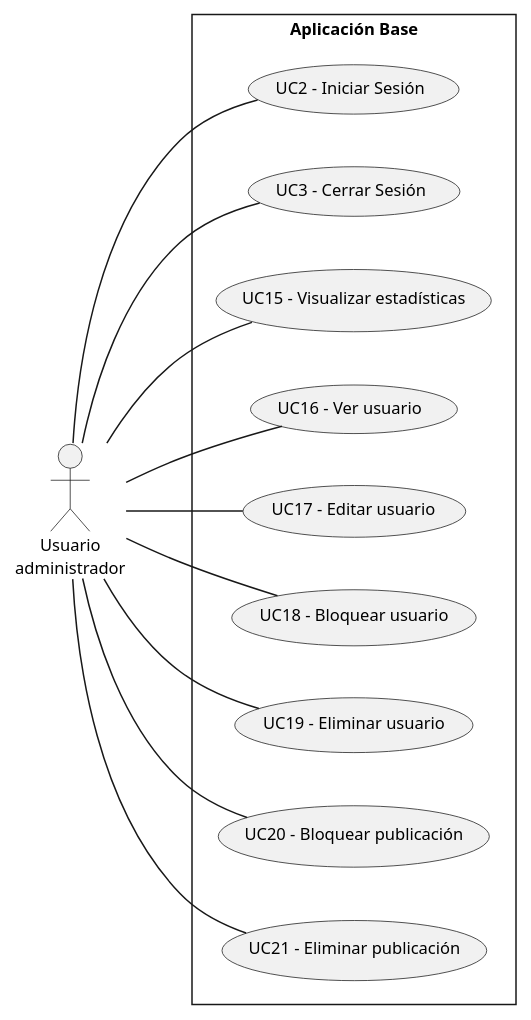
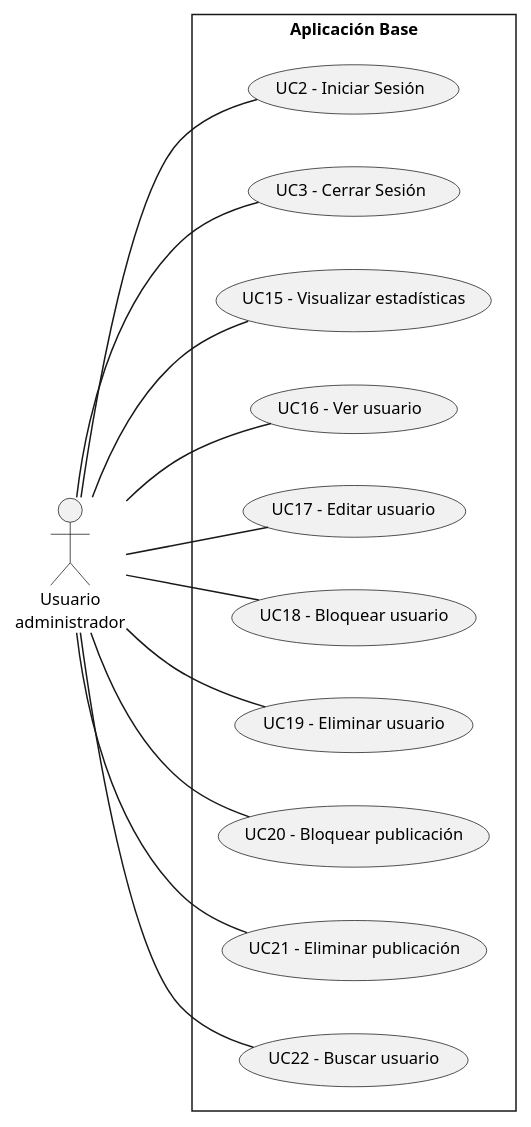
Before and after one commit to mpaulaherrero/tesis-frameworks-backend-diagrams: the diagram in scenariosView/useCaseModel/useCaseDiagramAdmin.plantuml, drawn with PlantUML. The commit also changed 1 other file, not shown here.

```diff
--- a/scenariosView/useCaseModel/useCaseDiagramAdmin.plantuml
+++ b/scenariosView/useCaseModel/useCaseDiagramAdmin.plantuml
@@ -1,30 +1,32 @@
 @startuml baseApp
 skinparam style strictuml
 left to right direction
 skinparam defaultTextAlignment center
 skinparam defaultFontSize 11
 
 actor "Usuario\nadministrador" as Admin
 
 rectangle "Aplicación Base" {
     usecase "UC2 - Iniciar Sesión" as UC2
     usecase "UC3 - Cerrar Sesión" as UC3
     usecase "UC15 - Visualizar estadísticas" as UC15
     usecase "UC16 - Ver usuario" as UC16
     usecase "UC17 - Editar usuario" as UC17
     usecase "UC18 - Bloquear usuario" as UC18
     usecase "UC19 - Eliminar usuario" as UC19
     usecase "UC20 - Bloquear publicación" as UC20
     usecase "UC21 - Eliminar publicación" as UC21
+    usecase "UC22 - Buscar usuario" as UC22
 }
 
 Admin -- UC2
 Admin -- UC3
 Admin -- UC15
 Admin -- UC16
 Admin -- UC17
 Admin -- UC18
 Admin -- UC19
 Admin -- UC20
 Admin -- UC21
+Admin -- UC22
 @enduml
```
